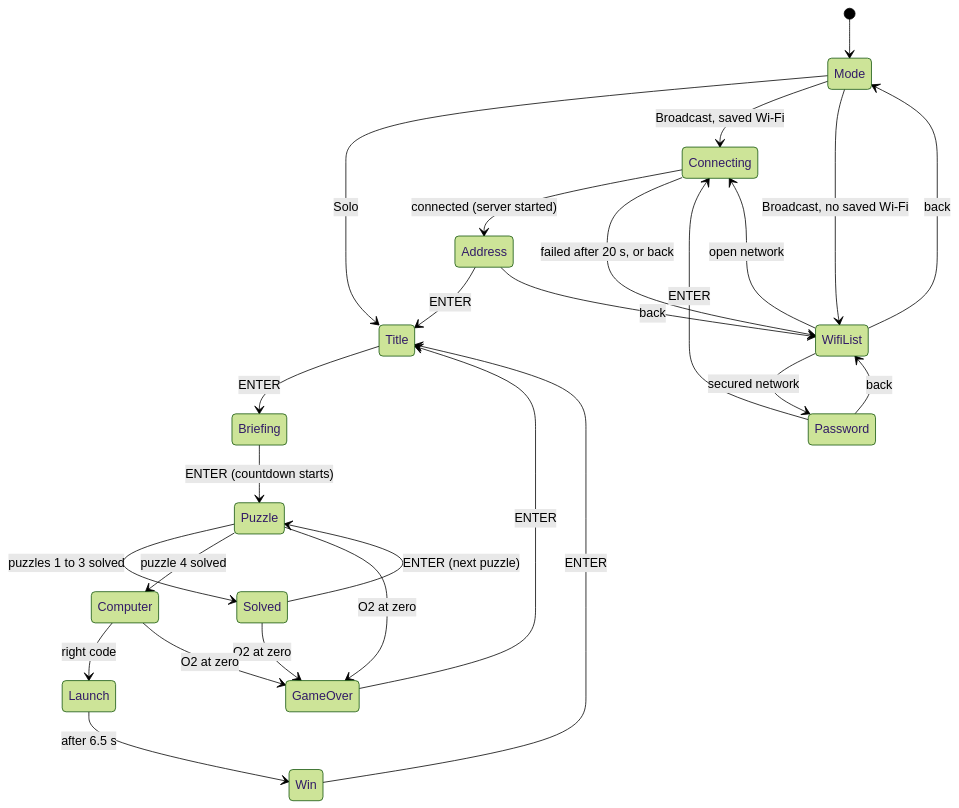
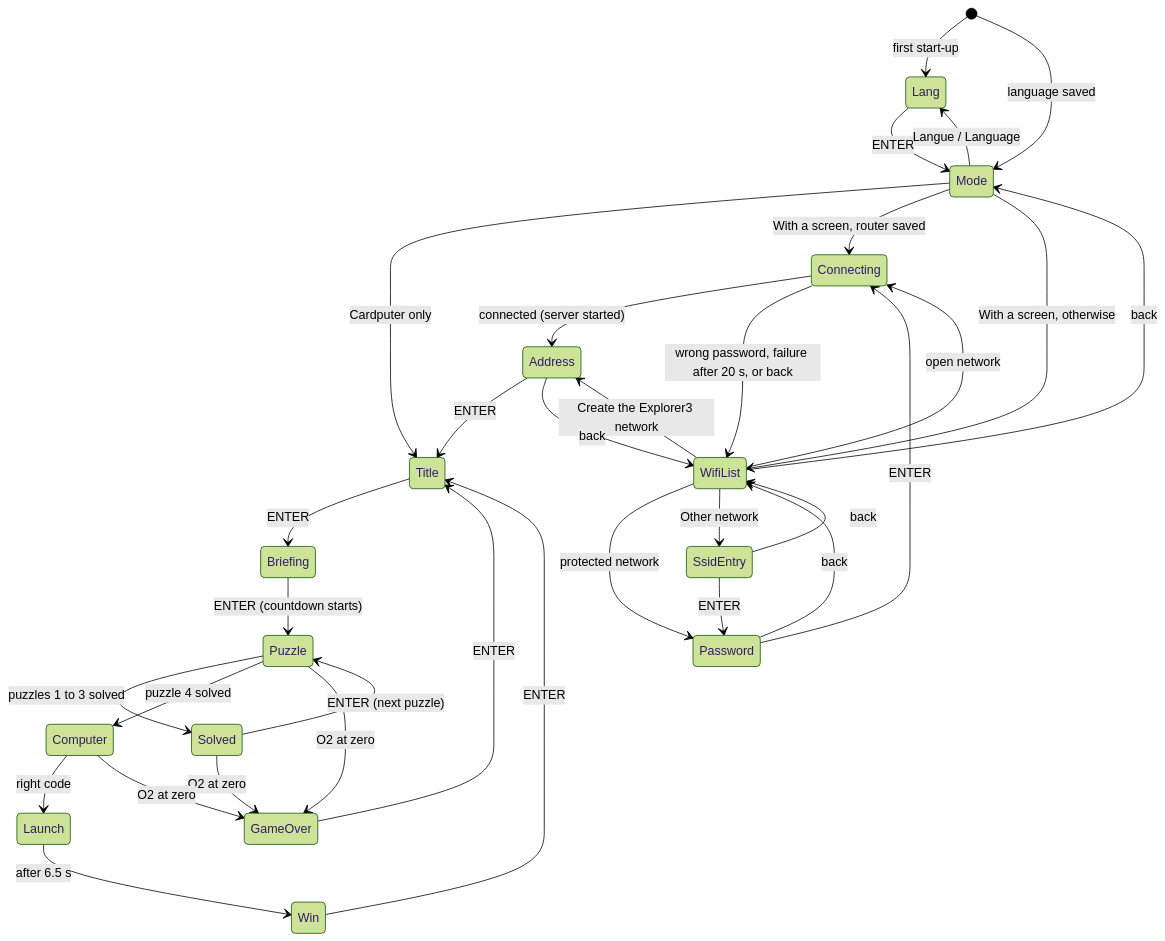
Before and after one commit to RyoSaeba89/Escape-Game-Cardputer: the first of 2 diagrams in docs/TECHNICAL.md, drawn with Mermaid (forest theme). The commit also changed other lines of this file and 5 other files, not shown here.

````diff
--- a/docs/TECHNICAL.md
+++ b/docs/TECHNICAL.md
@@ -120,28 +146,35 @@
 ```mermaid
 stateDiagram-v2
-    [*] --> Mode
-    Mode --> Title : Solo
-    Mode --> Connecting : Broadcast, saved Wi-Fi
-    Mode --> WifiList : Broadcast, no saved Wi-Fi
-    WifiList --> Password : secured network
+    [*] --> Lang : first start-up
+    [*] --> Mode : language saved
+    Lang --> Mode : ENTER
+    Mode --> Lang : Langue / Language
+    Mode --> Title : Cardputer only
+    Mode --> Connecting : With a screen, router saved
+    Mode --> WifiList : With a screen, otherwise
+    WifiList --> Password : protected network
     WifiList --> Connecting : open network
+    WifiList --> SsidEntry : Other network
+    WifiList --> Address : Create the Explorer3 network
     WifiList --> Mode : back
+    SsidEntry --> Password : ENTER
+    SsidEntry --> WifiList : back
     Password --> Connecting : ENTER
     Password --> WifiList : back
     Connecting --> Address : connected (server started)
-    Connecting --> WifiList : failed after 20 s, or back
+    Connecting --> WifiList : wrong password, failure after 20 s, or back
     Address --> Title : ENTER
     Address --> WifiList : back
     Title --> Briefing : ENTER
     Briefing --> Puzzle : ENTER (countdown starts)
     Puzzle --> Solved : puzzles 1 to 3 solved
     Solved --> Puzzle : ENTER (next puzzle)
     Puzzle --> Computer : puzzle 4 solved
     Computer --> Launch : right code
     Launch --> Win : after 6.5 s
     Puzzle --> GameOver : O2 at zero
     Solved --> GameOver : O2 at zero
     Computer --> GameOver : O2 at zero
     Win --> Title : ENTER
     GameOver --> Title : ENTER
 ```
````
